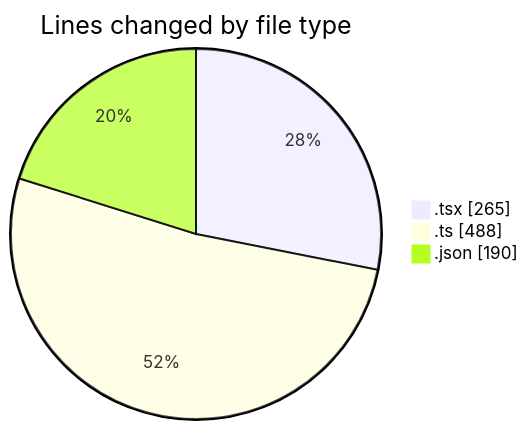
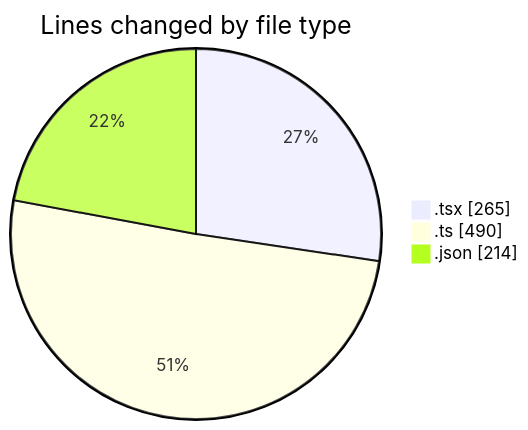
One commit to momahboobian/code-tracking changed the first of 2 diagrams in 2025-10-21/cda/README.md. Above: the diagram before and after it, drawn with Mermaid. The commit also changed other lines of this file and 1 other file, not shown here.

````diff
--- a/2025-10-21/cda/README.md
+++ b/2025-10-21/cda/README.md
@@ -24,7 +26,7 @@
 ```mermaid
 pie showData
 title Lines changed by file type
 ".tsx" : 265
-".ts" : 488
-".json" : 190
+".ts" : 490
+".json" : 214
 ```
````
